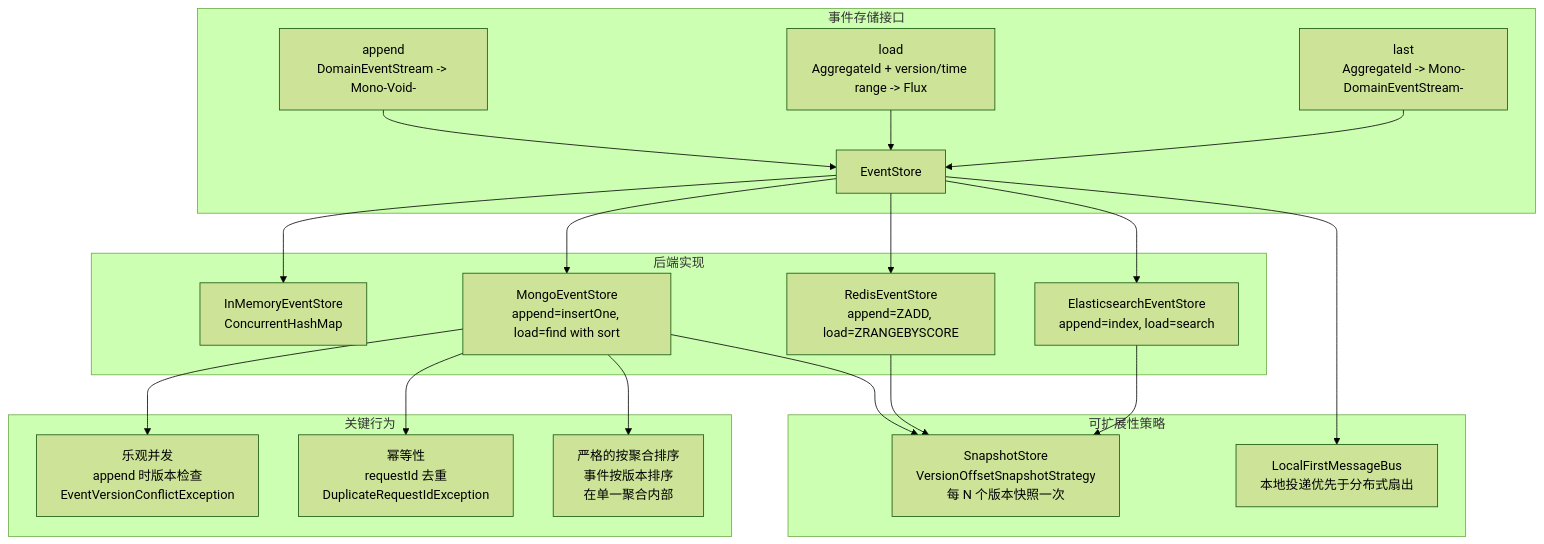
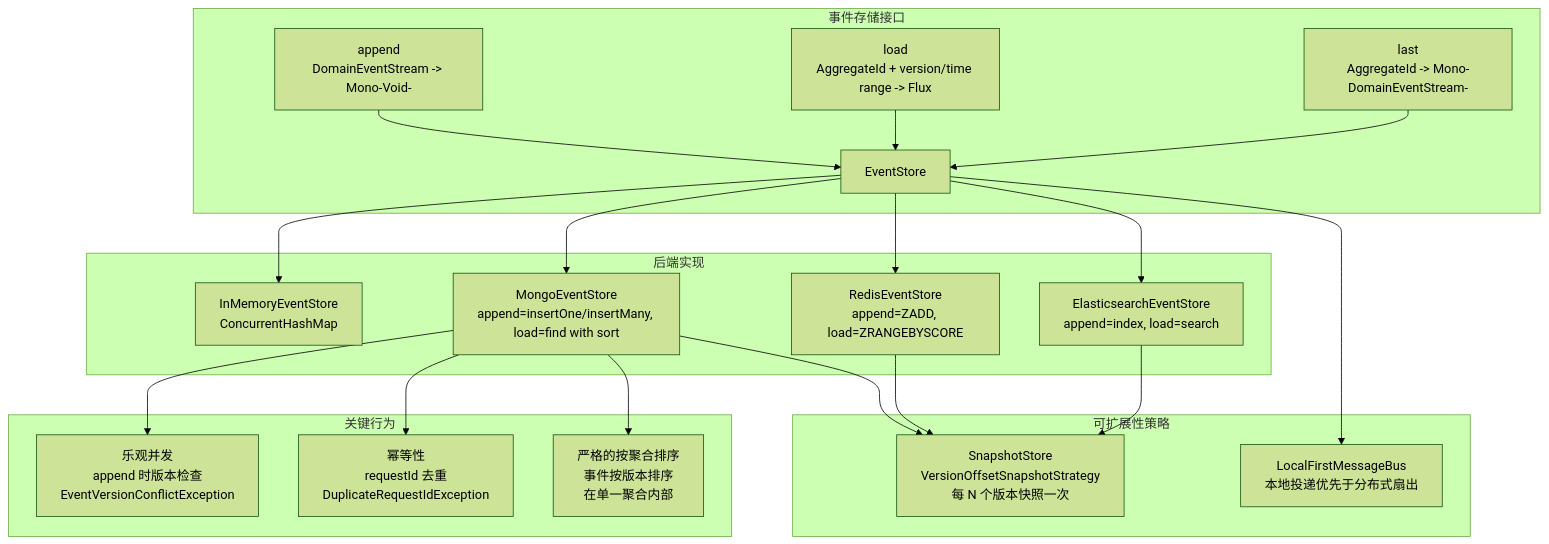
Before and after one commit to Ahoo-Wang/Wow: the fourth of 4 diagrams in documentation/docs/zh/onboarding/staff-engineer-guide.md, drawn with Mermaid (forest theme). The commit also changed 133 other files, not shown here.

````diff
--- a/documentation/docs/zh/onboarding/staff-engineer-guide.md
+++ b/documentation/docs/zh/onboarding/staff-engineer-guide.md
@@ -487,43 +487,43 @@
 ```mermaid
 flowchart TB
     subgraph "事件存储接口"
         ESI[EventStore]
         API_A[append<br>DomainEventStream -> Mono-Void-]
         API_L[load<br>AggregateId + version/time range -> Flux]
         API_S[last<br>AggregateId -> Mono-DomainEventStream-]
     end
 
     subgraph "后端实现"
         IM[InMemoryEventStore<br>ConcurrentHashMap]
-        MONGO_ES[MongoEventStore<br>append=insertOne, load=find with sort]
+        MONGO_ES[MongoEventStore<br>append=insertOne/insertMany, load=find with sort]
         REDIS_ES[RedisEventStore<br>append=ZADD, load=ZRANGEBYSCORE]
         ES_ES[ElasticsearchEventStore<br>append=index, load=search]
     end
 
     subgraph "可扩展性策略"
         SNAP[SnapshotStore<br>VersionOffsetSnapshotStrategy<br>每 N 个版本快照一次]
         FANOUT[LocalFirstMessageBus<br>本地投递优先于分布式扇出]
     end
 
     subgraph "关键行为"
         OPT[乐观并发<br>append 时版本检查<br>EventVersionConflictException]
         IDEM[幂等性<br>requestId 去重<br>DuplicateRequestIdException]
         ORD[严格的按聚合排序<br>事件按版本排序<br>在单一聚合内部]
     end
 
     API_A --> ESI
     API_L --> ESI
     API_S --> ESI
     ESI --> IM
     ESI --> MONGO_ES
     ESI --> REDIS_ES
     ESI --> ES_ES
     MONGO_ES --> SNAP
     REDIS_ES --> SNAP
     ES_ES --> SNAP
     ESI --> FANOUT
     MONGO_ES --> OPT
     MONGO_ES --> IDEM
     MONGO_ES --> ORD
 
 ```
````
